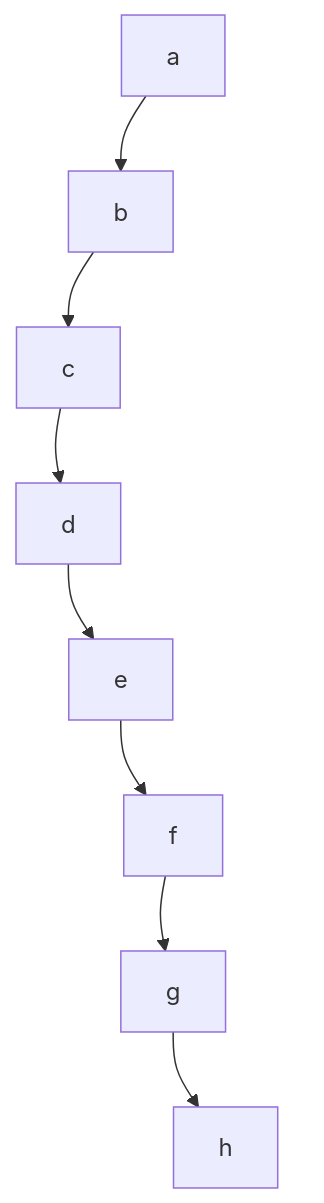
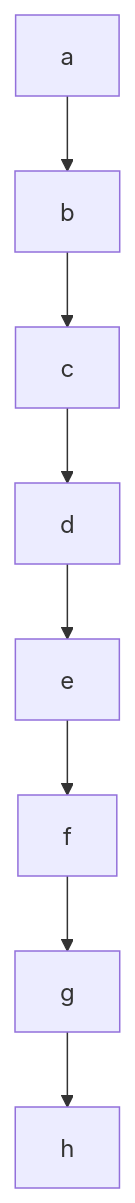
One commit to Asy508/Construction changed the third of 3 diagrams in Notebook/t-grid.md. Above: the diagram before and after it, drawn with Mermaid.

````diff
--- a/Notebook/t-grid.md
+++ b/Notebook/t-grid.md
@@ -64,22 +64,22 @@
 ```mermaid
 flowchart TD
     %% Row 1: Left to Right
     A[a] --> B[b] --> C[c]
     
     %% Connection down to Row 2
     C --> D[d]
     
     %% Row 2: Right to Left visual flow
     D --> E[e] --> F[f]
     
     %% Connection down to Row 3
     F --> G[g]
     
     %% Row 3: Left to Right visual flow
     G --> H[h]
 
     %% Invisible alignment links to lock nodes into 3 strict columns
-    A ~~~ F ~~~ G
-    B ~~~ E ~~~ H
-    C ~~~ D
+    %%A ~~~ F ~~~ G
+    %%B ~~~ E ~~~ H
+    %%C ~~~ D
 ```
````
